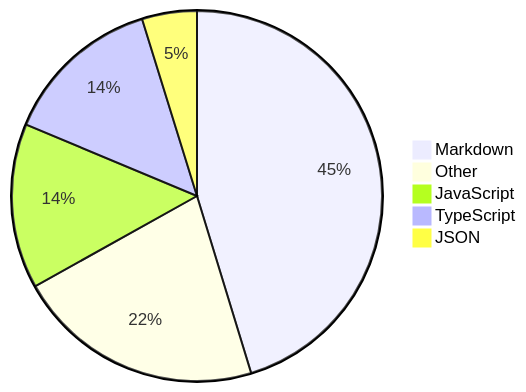
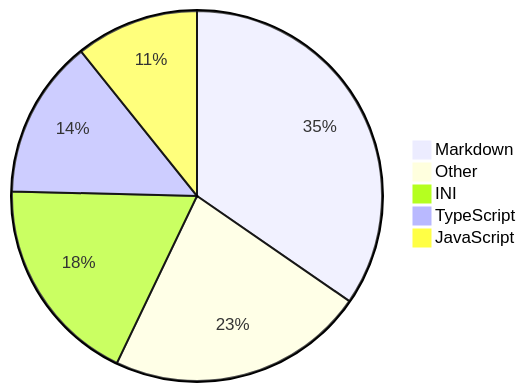
The diagram in README.md (Alicia111/alicia111), drawn with Mermaid before and after one commit.

Commit message:
Update WakaTime stats (・ω・)b

````diff
--- a/README.md
+++ b/README.md
@@ -32,8 +32,8 @@
 ```mermaid
 pie
-    "Markdown" : 39.88
-    "Other" : 19.05
-    "JavaScript" : 12.68
-    "TypeScript" : 12.25
-    "JSON" : 4.22
+    "Markdown" : 30.47
+    "Other" : 19.81
+    "INI" : 16.09
+    "TypeScript" : 12.19
+    "JavaScript" : 9.47
 ```
````
